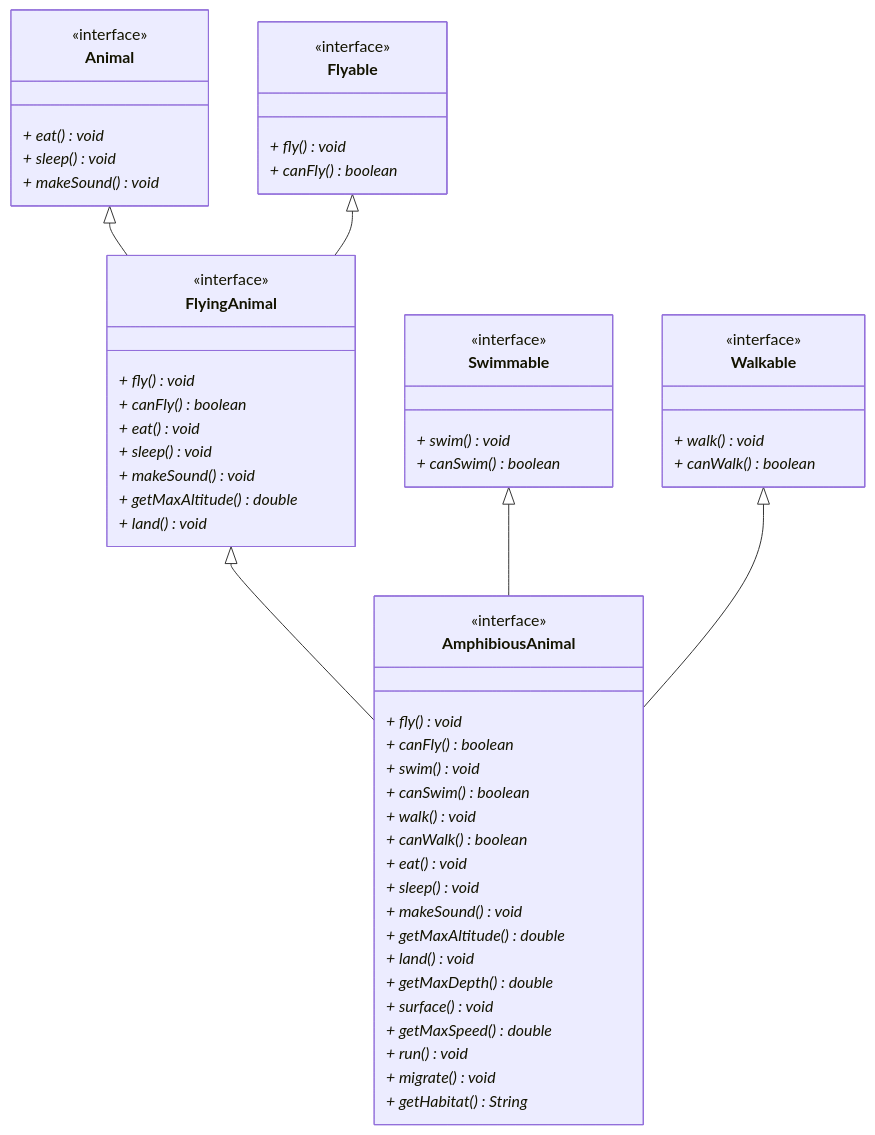
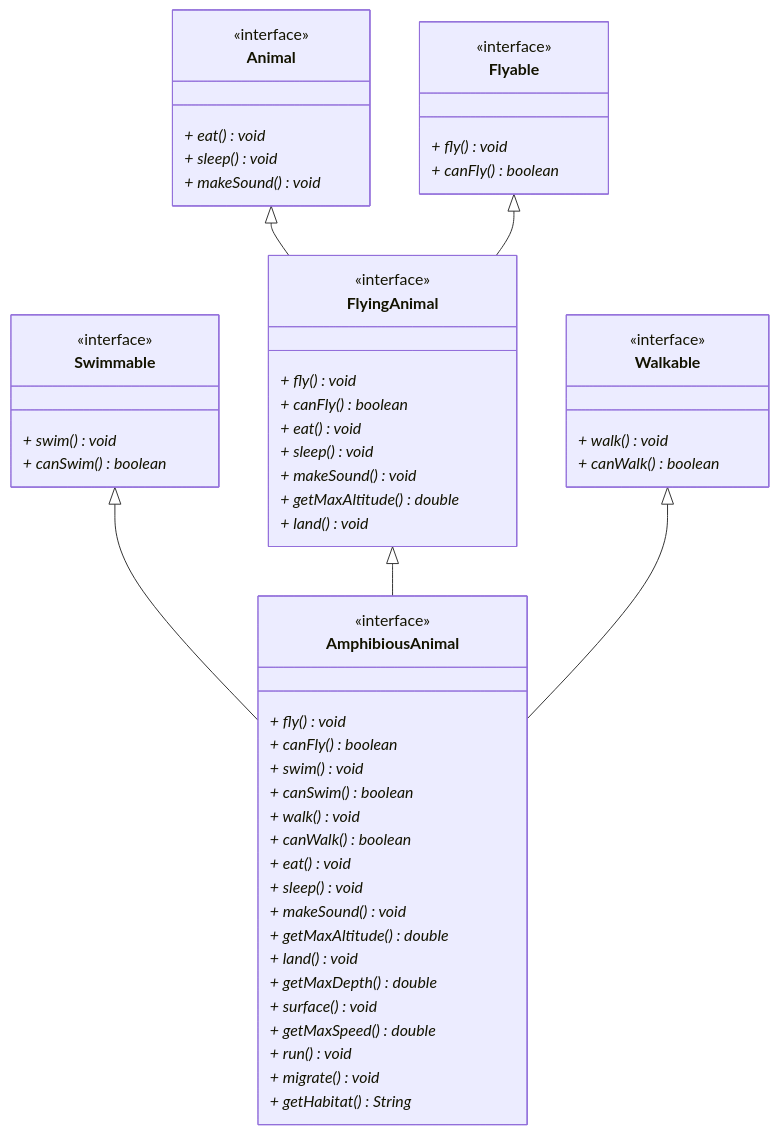
One commit to TroelsMortensen/Codelabs2 changed the second of 2 diagrams in Articles/Session 15 - Interfaces/005 Interface inheritance.md. Above: the diagram before and after it, drawn with Mermaid. The commit also changed other lines of this file and 8 other files, not shown here.

````diff
--- a/Articles/Session 15 - Interfaces/005 Interface inheritance.md
+++ b/Articles/Session 15 - Interfaces/005 Interface inheritance.md
@@ -44,65 +44,65 @@
 ```mermaid
 classDiagram
     class Flyable {
         <<interface>>
         _+ fly() void_
         _+ canFly() boolean_
     }
     
     class Swimmable {
         <<interface>>
         _+ swim() void_
         _+ canSwim() boolean_
     }
     
     class Walkable {
         <<interface>>
         _+ walk() void_
         _+ canWalk() boolean_
     }
     
     class Animal {
         <<interface>>
         _+ eat() void_
         _+ sleep() void_
         _+ makeSound() void_
     }
     
     class FlyingAnimal {
         <<interface>>
         _+ fly() void_
         _+ canFly() boolean_
         _+ eat() void_
         _+ sleep() void_
         _+ makeSound() void_
         _+ getMaxAltitude() double_
         _+ land() void_
     }
     
     class AmphibiousAnimal {
         <<interface>>
         _+ fly() void_  
         _+ canFly() boolean_
         _+ swim() void_
         _+ canSwim() boolean_
         _+ walk() void_
         _+ canWalk() boolean_
         _+ eat() void_
         _+ sleep() void_
         _+ makeSound() void_
         _+ getMaxAltitude() double_
         _+ land() void_
         _+ getMaxDepth() double_
         _+ surface() void_
         _+ getMaxSpeed() double_
         _+ run() void_
         _+ migrate() void_
         _+ getHabitat() String_
     }
     
     Animal <|-- FlyingAnimal
     Flyable <|-- FlyingAnimal
+    Swimmable <|-- AmphibiousAnimal
     FlyingAnimal <|-- AmphibiousAnimal
-    Swimmable <|-- AmphibiousAnimal
     Walkable <|-- AmphibiousAnimal
 ```
````
